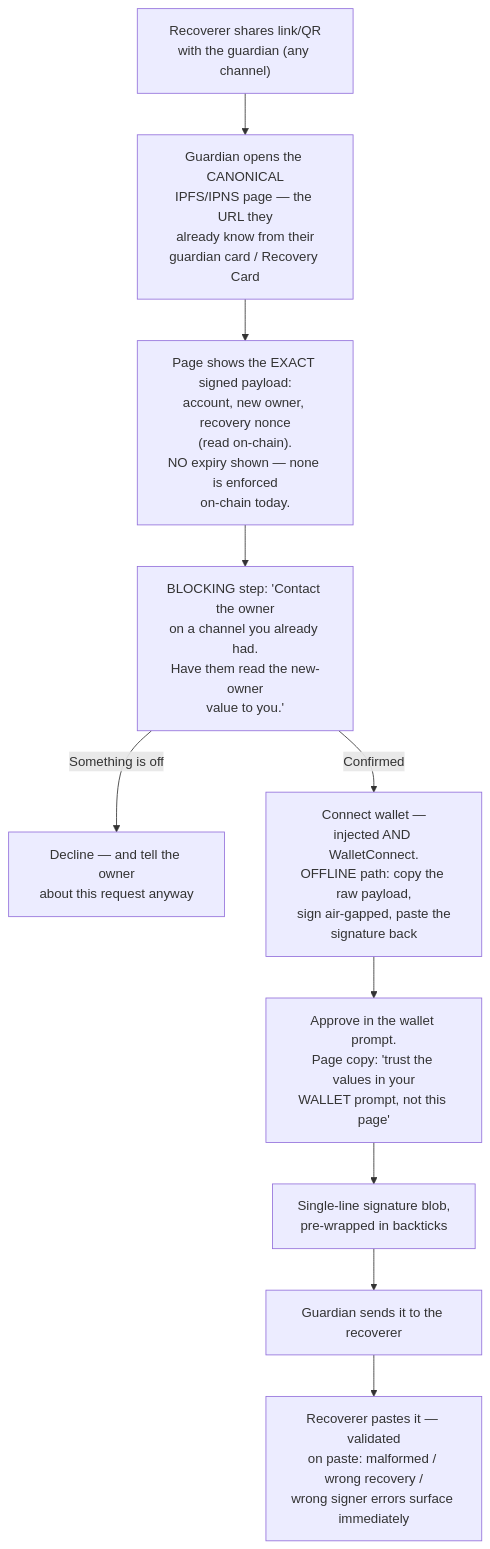
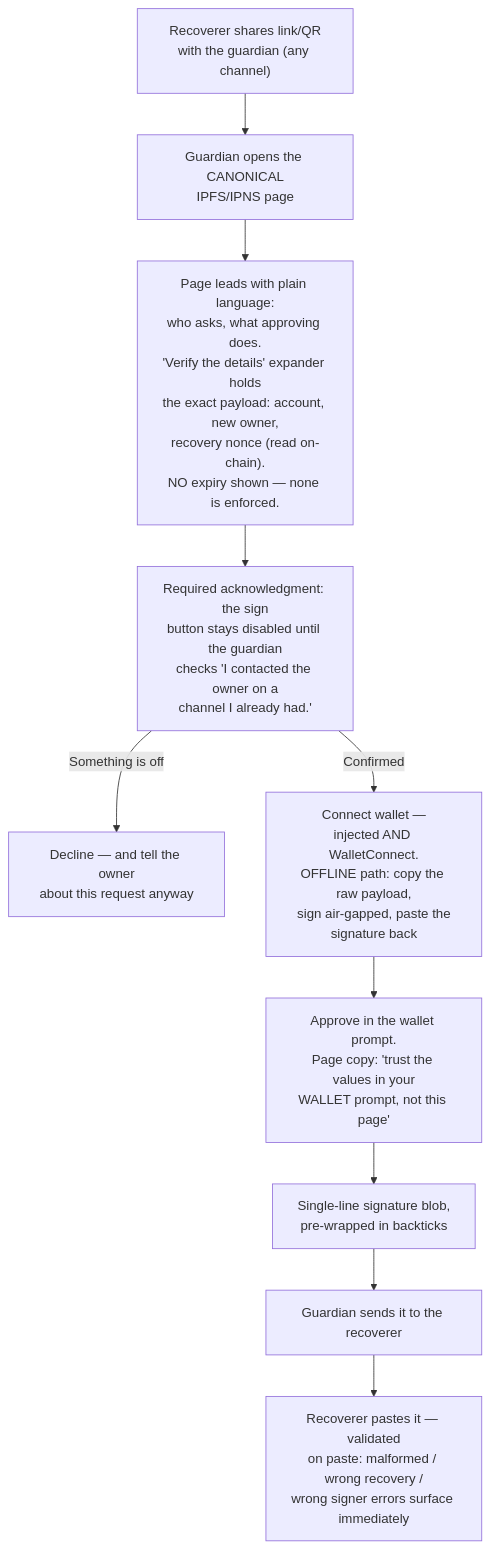
The seventh of 10 diagrams in social-recovery-ux-flows.md (FiboAtWonder/kohaku-extension), drawn with Mermaid before and after one commit. The commit also changed other lines of this file and 1 other file, not shown here.

````diff
--- a/social-recovery-ux-flows.md
+++ b/social-recovery-ux-flows.md
@@ -308,12 +318,12 @@
 ```mermaid
 flowchart TD
-    A["Recoverer shares link/QR<br/>with the guardian (any channel)"] --> B["Guardian opens the CANONICAL<br/>IPFS/IPNS page — the URL they<br/>already know from their<br/>guardian card / Recovery Card"]
-    B --> C["Page shows the EXACT signed payload:<br/>account, new owner, recovery nonce<br/>(read on-chain).<br/>NO expiry shown — none is enforced<br/>on-chain today."]
-    C --> W["BLOCKING step: 'Contact the owner<br/>on a channel you already had.<br/>Have them read the new-owner<br/>value to you.'"]
+    A["Recoverer shares link/QR<br/>with the guardian (any channel)"] --> B["Guardian opens the CANONICAL<br/>IPFS/IPNS page"]
+    B --> C["Page leads with plain language:<br/>who asks, what approving does.<br/>'Verify the details' expander holds<br/>the exact payload: account, new owner,<br/>recovery nonce (read on-chain).<br/>NO expiry shown — none is enforced."]
+    C --> W["Required acknowledgment: the sign<br/>button stays disabled until the guardian<br/>checks 'I contacted the owner on a<br/>channel I already had.'"]
     W -->|Something is off| DE["Decline — and tell the owner<br/>about this request anyway"]
     W -->|Confirmed| D["Connect wallet —<br/>injected AND WalletConnect.<br/>OFFLINE path: copy the raw payload,<br/>sign air-gapped, paste the<br/>signature back"]
     D --> E["Approve in the wallet prompt.<br/>Page copy: 'trust the values in your<br/>WALLET prompt, not this page'"]
     E --> F["Single-line signature blob,<br/>pre-wrapped in backticks"]
     F --> G[Guardian sends it to the recoverer]
     G --> H["Recoverer pastes it — validated<br/>on paste: malformed / wrong recovery /<br/>wrong signer errors surface immediately"]
 ```
````
